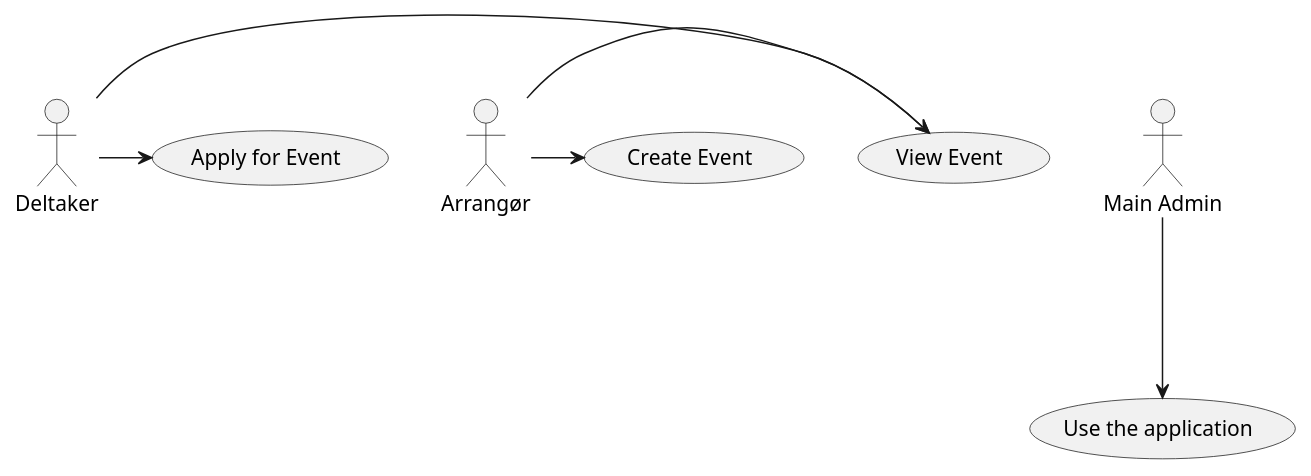
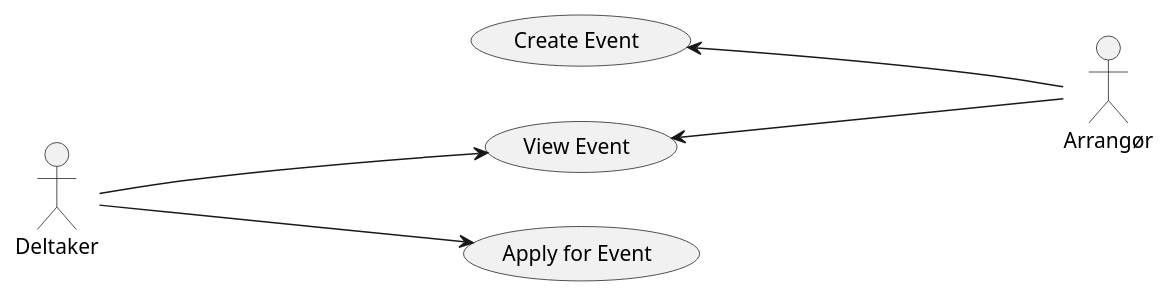
The diagram in UML/UseCaseSprint1.puml (emiliozim/seProject1), drawn with PlantUML before and after one commit. The commit also changed 2 other files, not shown here.

```diff
--- a/UML/UseCaseSprint1.puml
+++ b/UML/UseCaseSprint1.puml
@@ -1,12 +1,11 @@
 @startuml
-:Main Admin: as Admin
-(Use the application) as (Use)
 
-Deltaker -> (View Event)
-Deltaker -> (Apply for Event)
-Arrangør -> (Create Event)
-Arrangør -> (View Event)
+left to right direction
 
-Admin ---> (Use)
+Deltaker ---down--> (View Event)
+Deltaker ---down--> (Apply for Event)
+Arrangør ---up--> (Create Event)
+Arrangør ---up--> (View Event)
+
 
 @enduml
```
